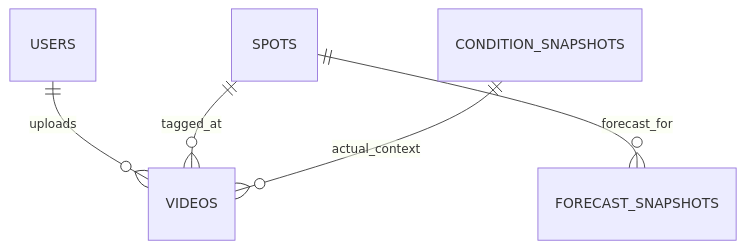
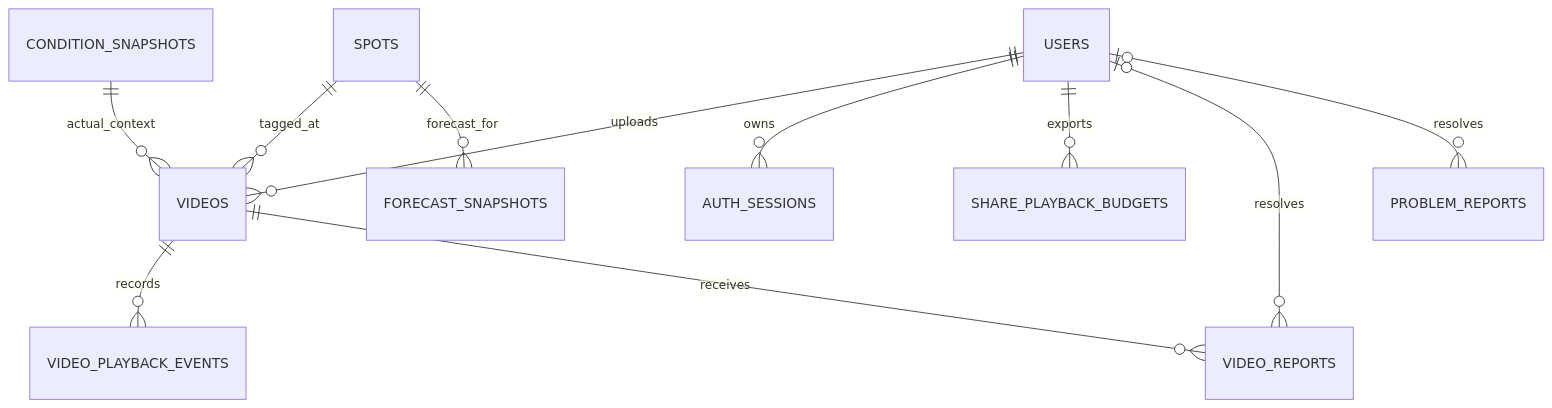
The diagram in docs/DATA_MODEL.md (n8886919/surf-video-share-tw), drawn with Mermaid before and after one commit. The commit also changed other lines of this file and 66 other files, not shown here.

````diff
--- a/docs/DATA_MODEL.md
+++ b/docs/DATA_MODEL.md
@@ -3,7 +3,13 @@
 ```mermaid
 erDiagram
   USERS ||--o{ VIDEOS : uploads
+  USERS ||--o{ AUTH_SESSIONS : owns
+  USERS ||--o{ SHARE_PLAYBACK_BUDGETS : exports
   SPOTS ||--o{ VIDEOS : tagged_at
   CONDITION_SNAPSHOTS ||--o{ VIDEOS : actual_context
   SPOTS ||--o{ FORECAST_SNAPSHOTS : forecast_for
+  VIDEOS ||--o{ VIDEO_PLAYBACK_EVENTS : records
+  VIDEOS ||--o{ VIDEO_REPORTS : receives
+  USERS o|--o{ VIDEO_REPORTS : resolves
+  USERS o|--o{ PROBLEM_REPORTS : resolves
 ```
````
